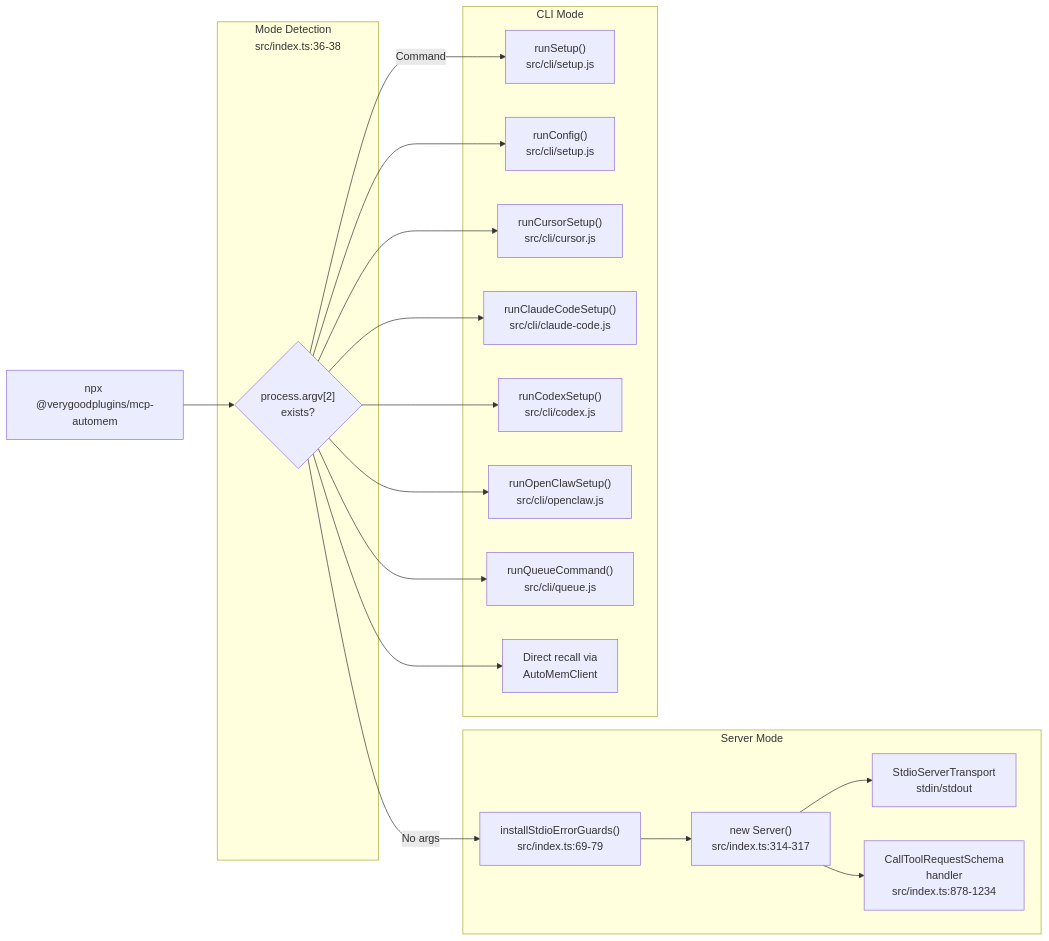
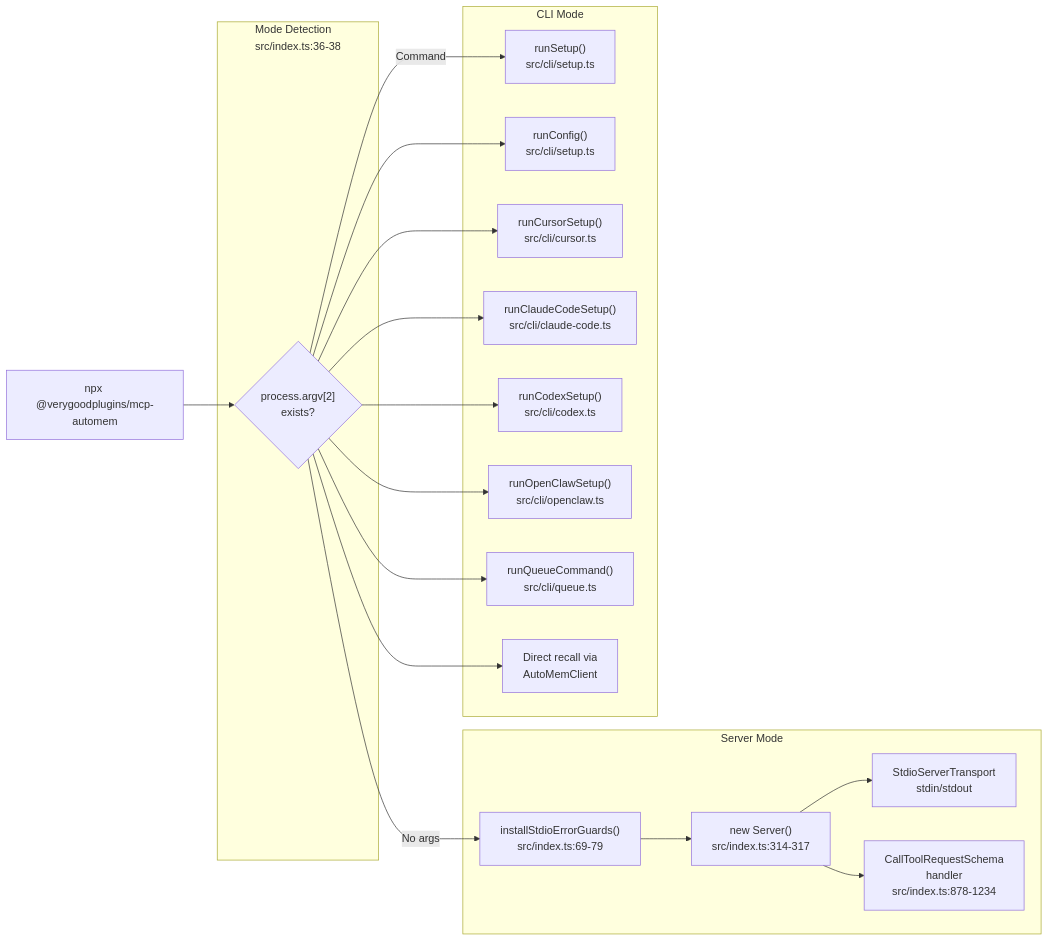
One commit to verygoodplugins/automem-website changed the second of 6 diagrams in src/content/docs/docs/architecture/mcp-bridge.md. Above: the diagram before and after it, drawn with Mermaid. The commit also changed other lines of this file, not shown here.

First line of the commit message:
docs: fix drift in MCP Bridge architecture page

````diff
--- a/src/content/docs/docs/architecture/mcp-bridge.md
+++ b/src/content/docs/docs/architecture/mcp-bridge.md
@@ -81,42 +81,42 @@
 ```mermaid
 graph LR
     START["npx @verygoodplugins/mcp-automem"]
 
     subgraph Detection["Mode Detection<br/>src/index.ts:36-38"]
         CHECK{"process.argv[2]<br/>exists?"}
     end
 
     subgraph Server_Mode["Server Mode"]
         STDIO_GUARD["installStdioErrorGuards()<br/>src/index.ts:69-79"]
         MCP_SERVER["new Server()<br/>src/index.ts:314-317"]
         STDIO_TRANSPORT["StdioServerTransport<br/>stdin/stdout"]
         TOOL_HANDLER["CallToolRequestSchema<br/>handler<br/>src/index.ts:878-1234"]
     end
 
     subgraph CLI_Mode["CLI Mode"]
-        SETUP["runSetup()<br/>src/cli/setup.js"]
-        CONFIG["runConfig()<br/>src/cli/setup.js"]
-        CURSOR["runCursorSetup()<br/>src/cli/cursor.js"]
-        CLAUDE_CODE["runClaudeCodeSetup()<br/>src/cli/claude-code.js"]
-        CODEX["runCodexSetup()<br/>src/cli/codex.js"]
-        OPENCLAW["runOpenClawSetup()<br/>src/cli/openclaw.js"]
-        QUEUE["runQueueCommand()<br/>src/cli/queue.js"]
+        SETUP["runSetup()<br/>src/cli/setup.ts"]
+        CONFIG["runConfig()<br/>src/cli/setup.ts"]
+        CURSOR["runCursorSetup()<br/>src/cli/cursor.ts"]
+        CLAUDE_CODE["runClaudeCodeSetup()<br/>src/cli/claude-code.ts"]
+        CODEX["runCodexSetup()<br/>src/cli/codex.ts"]
+        OPENCLAW["runOpenClawSetup()<br/>src/cli/openclaw.ts"]
+        QUEUE["runQueueCommand()<br/>src/cli/queue.ts"]
         RECALL["Direct recall via<br/>AutoMemClient"]
     end
 
     START --> CHECK
     CHECK -->|"No args"| STDIO_GUARD
     CHECK -->|"Command"| SETUP
 
     STDIO_GUARD --> MCP_SERVER
     MCP_SERVER --> STDIO_TRANSPORT
     MCP_SERVER --> TOOL_HANDLER
 
     CHECK --> CONFIG
     CHECK --> CURSOR
     CHECK --> CLAUDE_CODE
     CHECK --> CODEX
     CHECK --> OPENCLAW
     CHECK --> QUEUE
     CHECK --> RECALL
 ```
````
